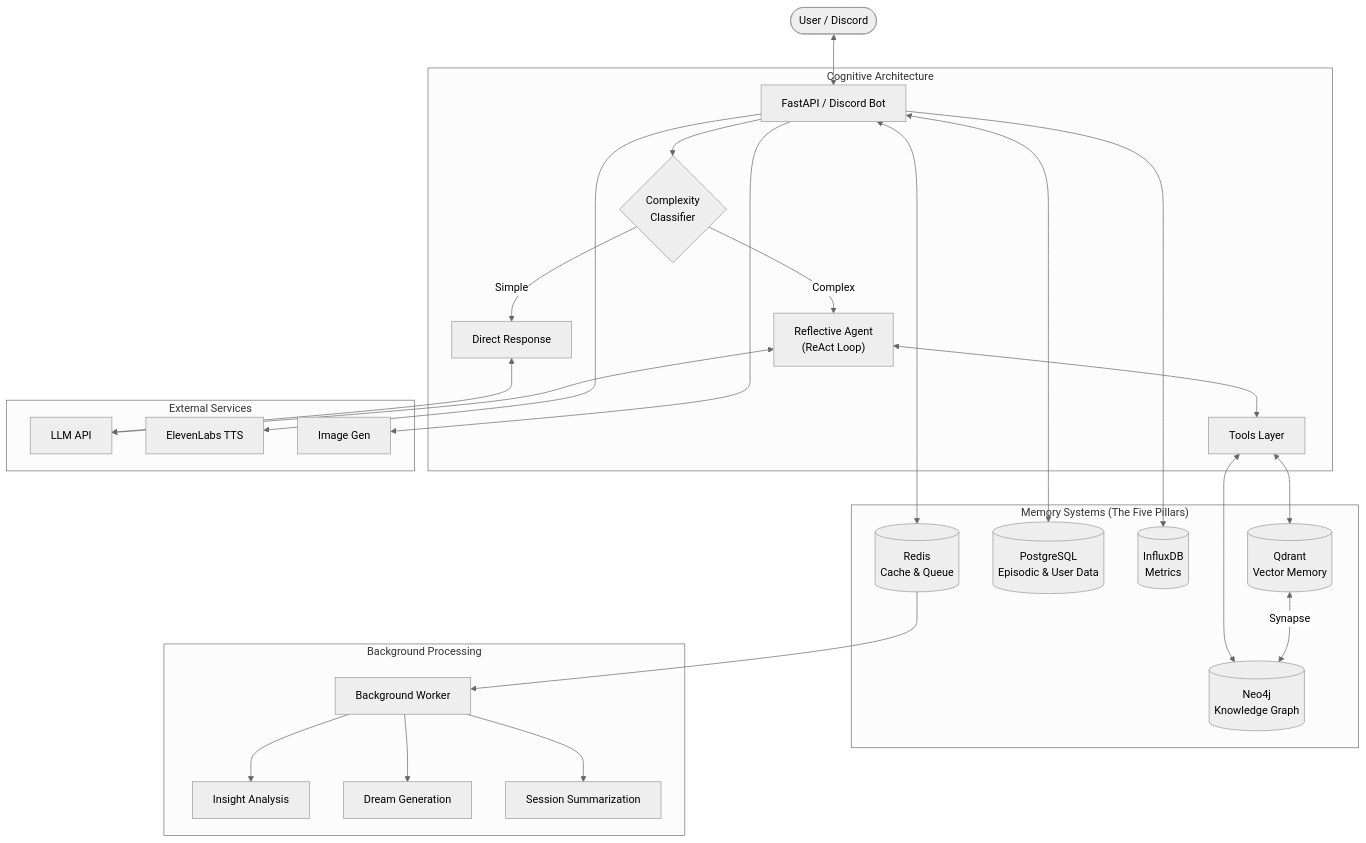
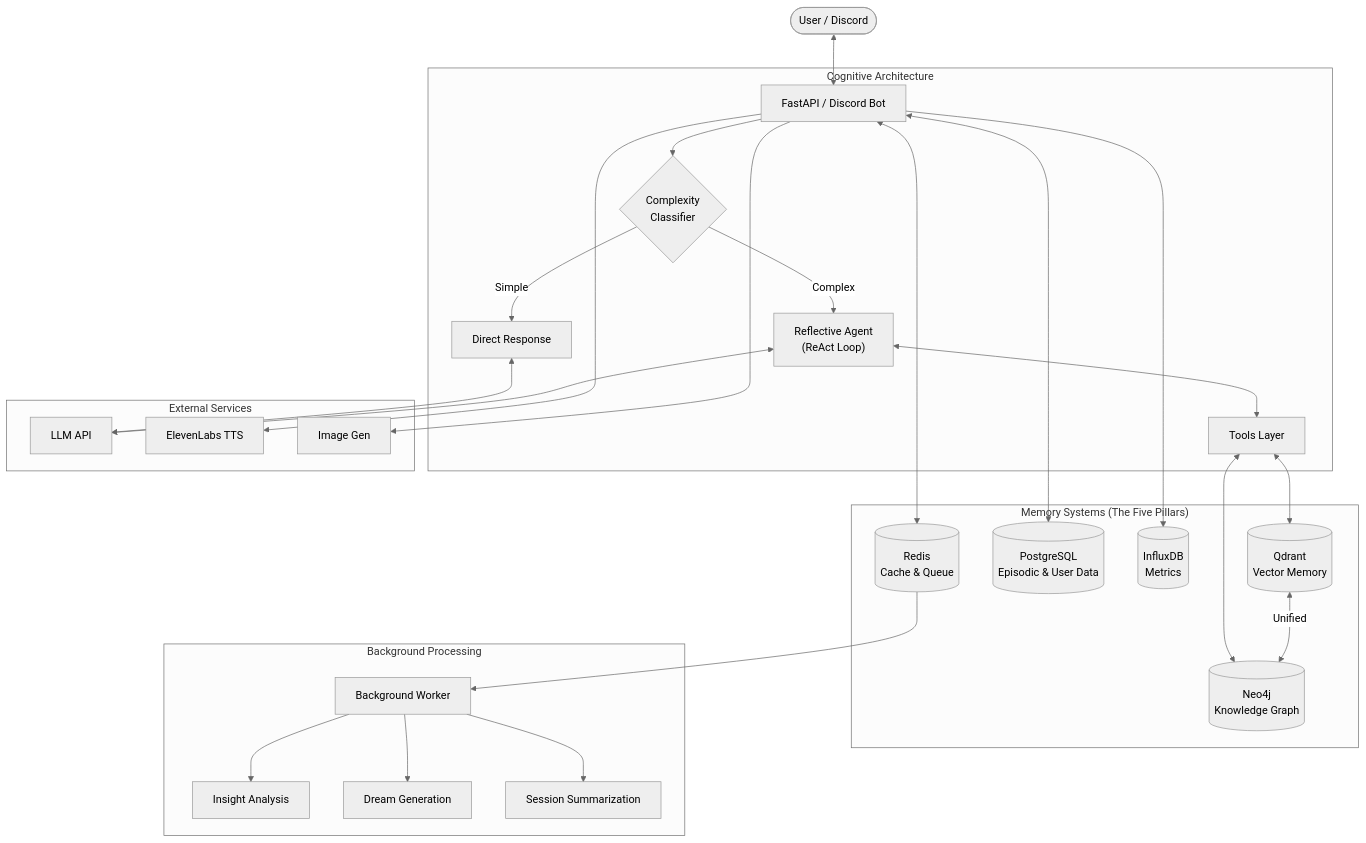
The diagram in README.md (whisperengine-ai/whisperengine-v2), drawn with Mermaid (neutral theme) before and after one commit. The commit also changed other lines of this file and 15 other files, not shown here.

Commit message:
feat: update documentation and code to reflect Unified Memory architecture in v2.5

````diff
--- a/README.md
+++ b/README.md
@@ -80,35 +80,35 @@
 ```mermaid
 graph TD
     User([User / Discord]) <--> API[FastAPI / Discord Bot]
     
     subgraph "Cognitive Architecture"
         API --> Classifier{"Complexity\nClassifier"}
         Classifier -->|Simple| Direct[Direct Response]
         Classifier -->|Complex| Reflective["Reflective Agent\n(ReAct Loop)"]
         
         Reflective <--> Tools[Tools Layer]
     end
 
     subgraph "Memory Systems (The Five Pillars)"
         Tools <--> Qdrant[("Qdrant\nVector Memory")]
         Tools <--> Neo4j[("Neo4j\nKnowledge Graph")]
-        Qdrant <-->|Synapse| Neo4j
+        Qdrant <-->|Unified| Neo4j
         API <--> Postgres[("PostgreSQL\nEpisodic & User Data")]
         API --> InfluxDB[("InfluxDB\nMetrics")]
         API <--> Redis[("Redis\nCache & Queue")]
     end
 
     subgraph "Background Processing"
         Redis --> Worker[Background Worker]
         Worker --> Insight[Insight Analysis]
         Worker --> Dream[Dream Generation]
         Worker --> Summary[Session Summarization]
     end
 
     subgraph "External Services"
         Direct <--> LLM[LLM API]
         Reflective <--> LLM
         API --> TTS[ElevenLabs TTS]
         API --> IMG[Image Gen]
     end
 ```
````
